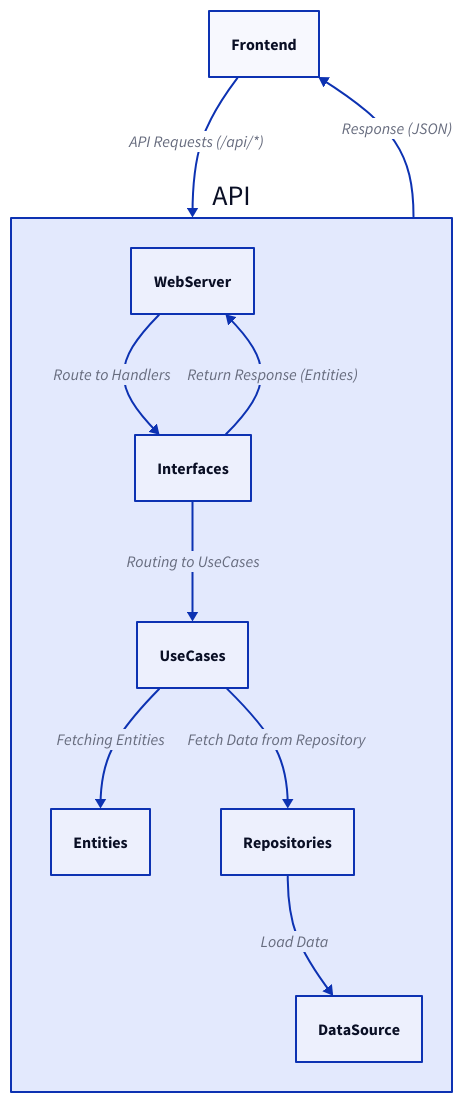
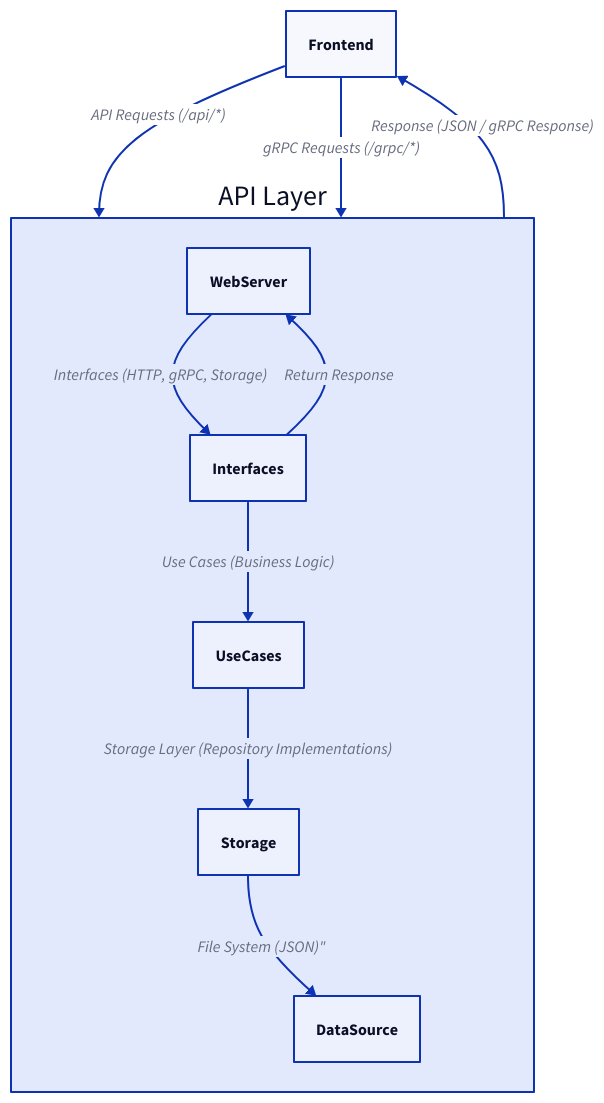
Before and after one commit to ioaiaaii/ioaiaaii.net: the diagram in docs/desing/diagram.d2, drawn with D2. The commit also changed other lines of this file and 2 other files, not shown here.

```diff
--- a/docs/desing/diagram.d2
+++ b/docs/desing/diagram.d2
@@ -1,15 +1,15 @@
 Frontend -> API: "API Requests (/api/*)"
+Frontend -> API: "gRPC Requests (/grpc/*)"
 
 API: {
-  label: "API"
+    label: "API Layer"
 
-  WebServer -> Interfaces: "Route to Handlers"
-  Interfaces -> UseCases: "Routing to UseCases"
-  UseCases -> Entities: "Fetching Entities"
-  UseCases -> Repositories: "Fetch Data from Repository"
-  Repositories -> DataSource: "Load Data"
+    WebServer -> Interfaces: "Interfaces (HTTP, gRPC, Storage)"
+    Interfaces -> UseCases: "Use Cases (Business Logic)"
+    UseCases -> Storage: "Storage Layer (Repository Implementations)"
+    Storage -> DataSource: File System (JSON)"
 
-  WebServer <- Interfaces: "Return Response (Entities)"
+    WebServer <- Interfaces: "Return Response"
 }
 
-API -> Frontend: "Response (JSON)"
+API -> Frontend: "Response (JSON / gRPC Response)"
```
